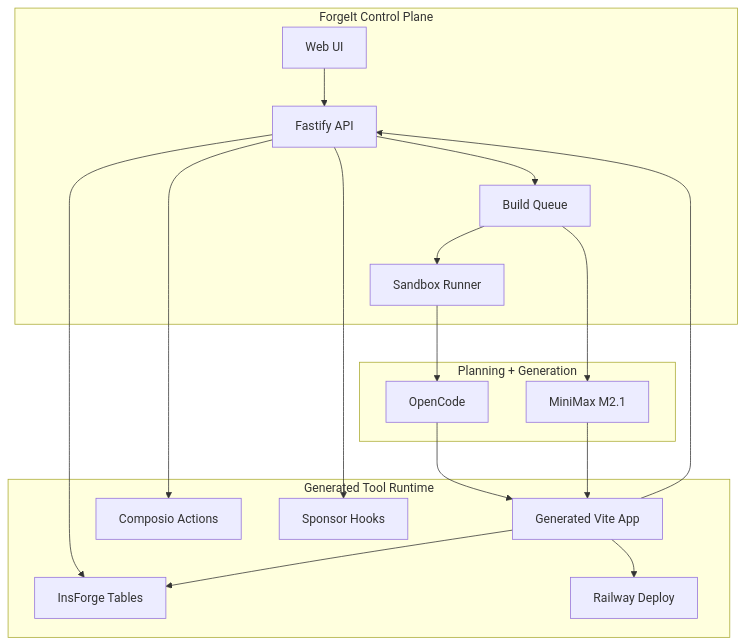
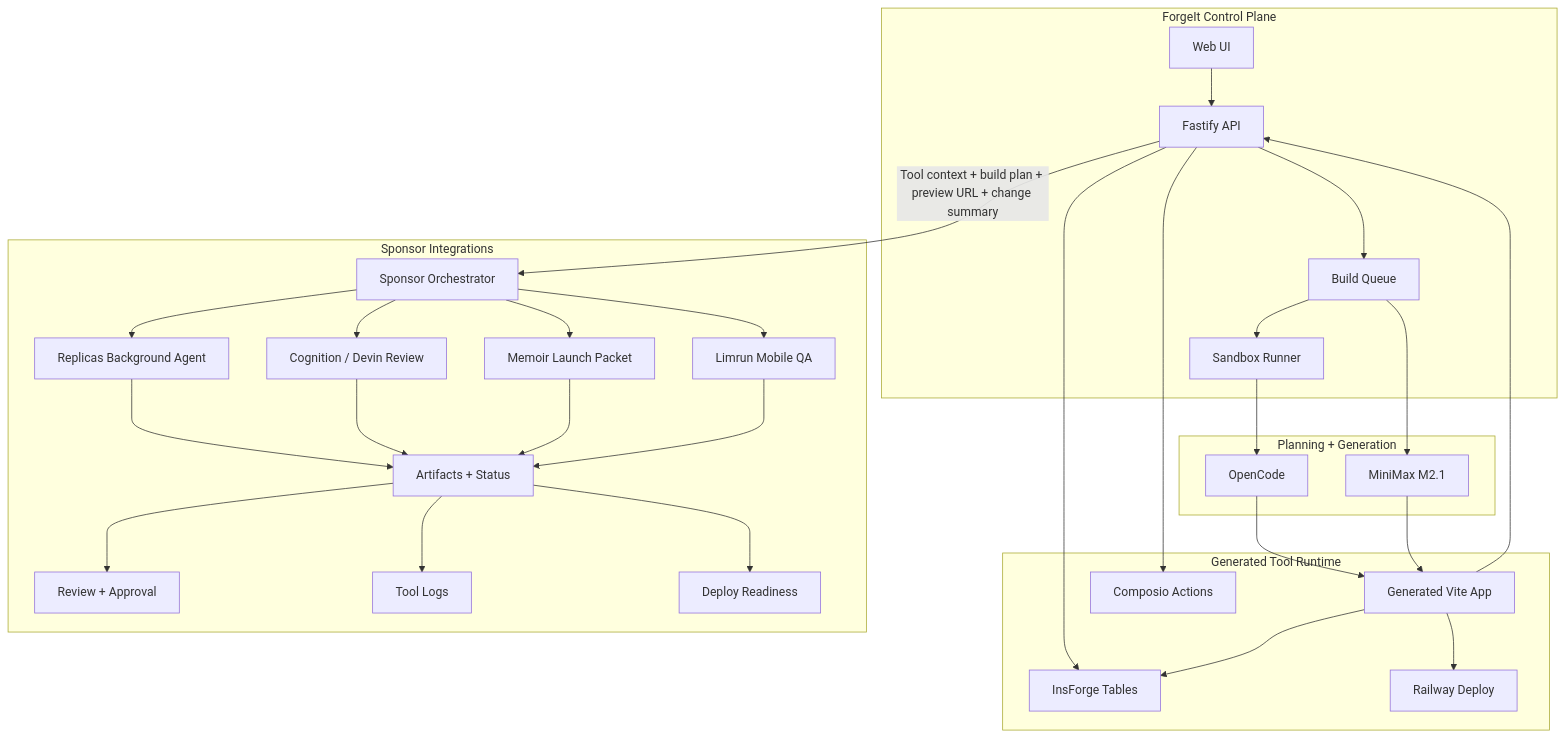
The second of 2 diagrams in README.md (kgarg2468/forge-it), drawn with Mermaid before and after one commit. The commit also changed other lines of this file, not shown here.

Commit message:
Clarify sponsor architecture in readme

````diff
--- a/README.md
+++ b/README.md
@@ -76,36 +76,58 @@
 ```mermaid
 flowchart TD
   subgraph ForgeIt["ForgeIt Control Plane"]
     Web["Web UI"]
     API["Fastify API"]
     Queue["Build Queue"]
     Runner["Sandbox Runner"]
   end
 
   subgraph Intelligence["Planning + Generation"]
     MiniMax["MiniMax M2.1"]
     OpenCode["OpenCode"]
   end
 
   subgraph Runtime["Generated Tool Runtime"]
     App["Generated Vite App"]
     InsForge["InsForge Tables"]
     Composio["Composio Actions"]
-    Sponsors["Sponsor Hooks"]
     Railway["Railway Deploy"]
+  end
+
+  subgraph SponsorLayer["Sponsor Integrations"]
+    SponsorOrchestrator["Sponsor Orchestrator"]
+    Replicas["Replicas Background Agent"]
+    Devin["Cognition / Devin Review"]
+    Memoir["Memoir Launch Packet"]
+    Limrun["Limrun Mobile QA"]
+    SponsorArtifacts["Artifacts + Status"]
+    ReviewApproval["Review + Approval"]
+    ToolLogs["Tool Logs"]
+    DeployReadiness["Deploy Readiness"]
   end
 
   Web --> API
   API --> Queue
   Queue --> MiniMax
   Queue --> Runner
   Runner --> OpenCode
   OpenCode --> App
   MiniMax --> App
   API --> InsForge
   App --> InsForge
   App --> API
   API --> Composio
-  API --> Sponsors
   App --> Railway
+  API -->|"Tool context + build plan + preview URL + change summary"| SponsorOrchestrator
+  SponsorOrchestrator --> Replicas
+  SponsorOrchestrator --> Devin
+  SponsorOrchestrator --> Memoir
+  SponsorOrchestrator --> Limrun
+  Replicas --> SponsorArtifacts
+  Devin --> SponsorArtifacts
+  Memoir --> SponsorArtifacts
+  Limrun --> SponsorArtifacts
+  SponsorArtifacts --> ReviewApproval
+  SponsorArtifacts --> ToolLogs
+  SponsorArtifacts --> DeployReadiness
 ```
````
